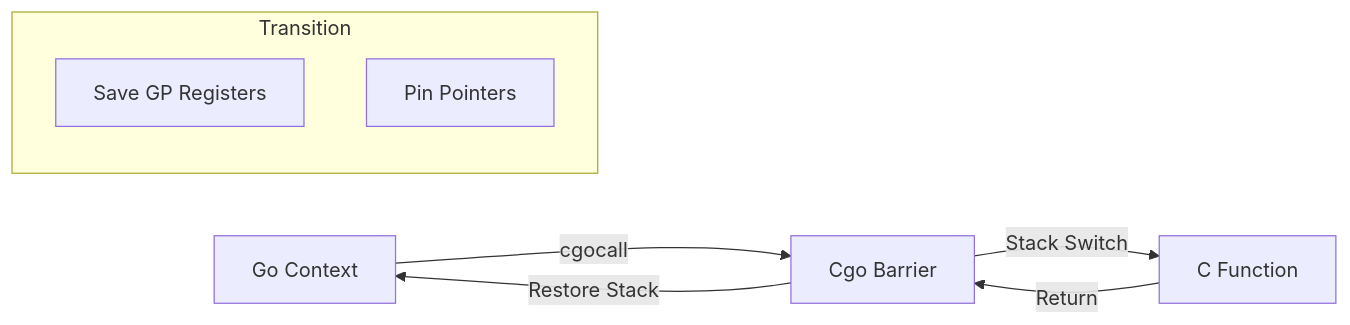
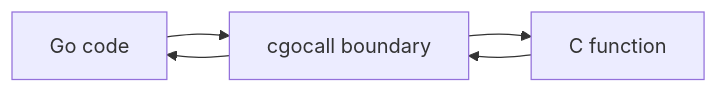
One commit to syahputrawork98-sketch/Golang-Knowledge-Base changed the diagram in RAK-06-compiler-runtime/SR-04-system-interfacing/BK-01-assembly-cgo/CH-01_CgoBarrier/README.md. Above: the diagram before and after it, drawn with Mermaid. The commit also changed other lines of this file and 44 other files, not shown here.

````diff
--- a/RAK-06-compiler-runtime/SR-04-system-interfacing/BK-01-assembly-cgo/CH-01_CgoBarrier/README.md
+++ b/RAK-06-compiler-runtime/SR-04-system-interfacing/BK-01-assembly-cgo/CH-01_CgoBarrier/README.md
@@ -23,13 +21,7 @@
 ```mermaid
 graph LR
-    Go[Go Context] -->|cgocall| B[Cgo Barrier]
-    B -->|Stack Switch| C[C Function]
-    C -->|Return| B
-    B -->|Restore Stack| Go
-    
-    subgraph Transition
-        direction TB
-        S[Save GP Registers]
-        P[Pin Pointers]
-    end
+    G[Go code] --> B[cgocall boundary]
+    B --> C[C function]
+    C --> B
+    B --> G
 ```
````
